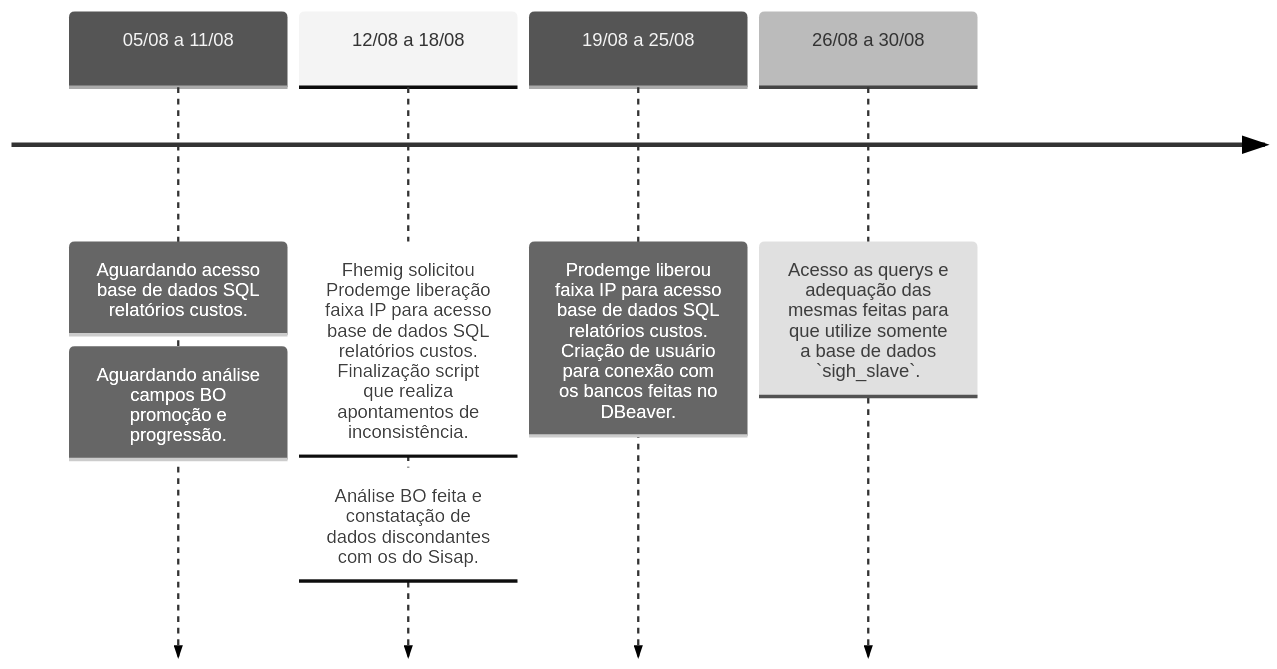
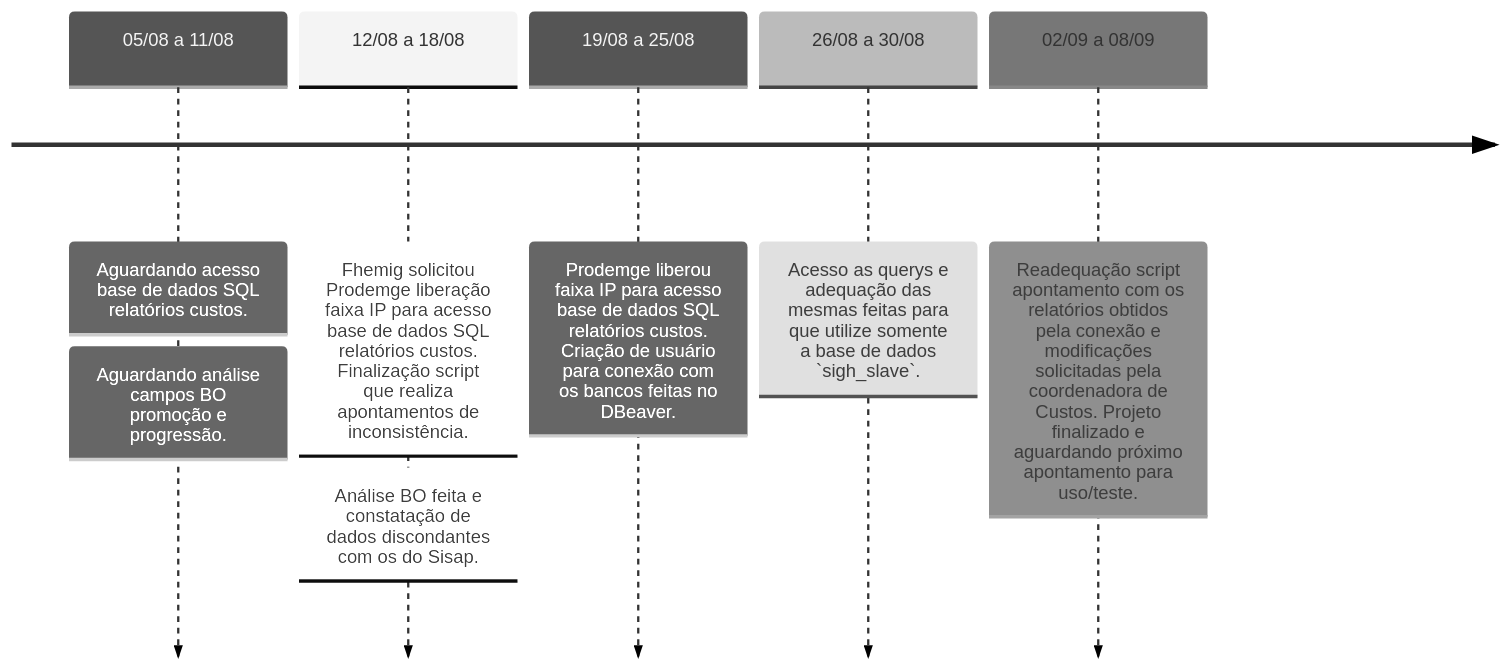
Before and after one commit to automatiza-mg/handbook: the second of 2 diagrams in docs/linha_do_tempo/projeto_fhemig.md, drawn with Mermaid (neutral theme).

Commit message:
add semana 01.09 projeto_fhemig.md

````diff
--- a/docs/linha_do_tempo/projeto_fhemig.md
+++ b/docs/linha_do_tempo/projeto_fhemig.md
@@ -29,9 +29,10 @@
     ```mermaid
     timeline
         05/08 a 11/08 : Aguardando acesso base de dados SQL relatórios custos.
                       : Aguardando análise campos BO promoção e progressão.
         12/08 a 18/08 : Fhemig solicitou Prodemge liberação faixa IP para acesso base de dados SQL relatórios custos. Finalização script que realiza apontamentos de inconsistência.
                       : Análise BO feita e constatação de dados discondantes com os do Sisap.
         19/08 a 25/08 : Prodemge liberou faixa IP para acesso base de dados SQL relatórios custos. Criação de usuário para conexão com os bancos feitas no DBeaver.
         26/08 a 30/08 : Acesso as querys e adequação das mesmas feitas para que utilize somente a base de dados `sigh_slave`.
+        02/09 a 08/09 : Readequação script apontamento com os relatórios obtidos pela conexão e modificações solicitadas pela coordenadora de Custos. Projeto finalizado e aguardando próximo apontamento para uso/teste.
     ```
````
